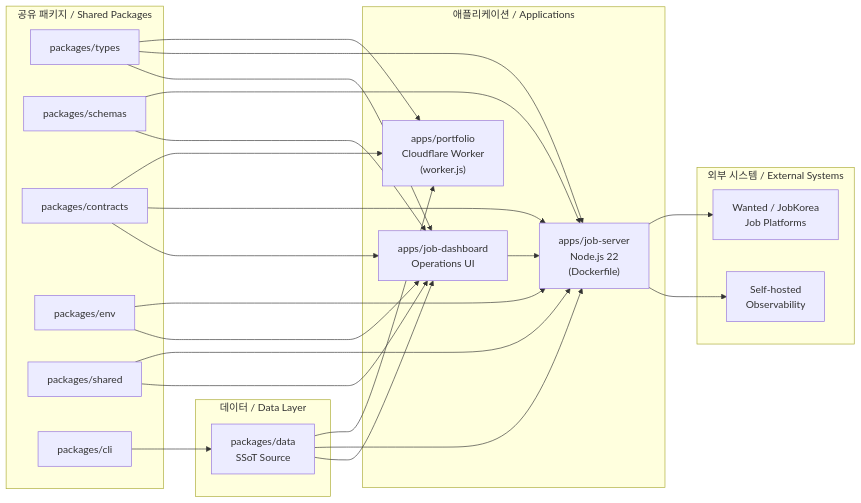
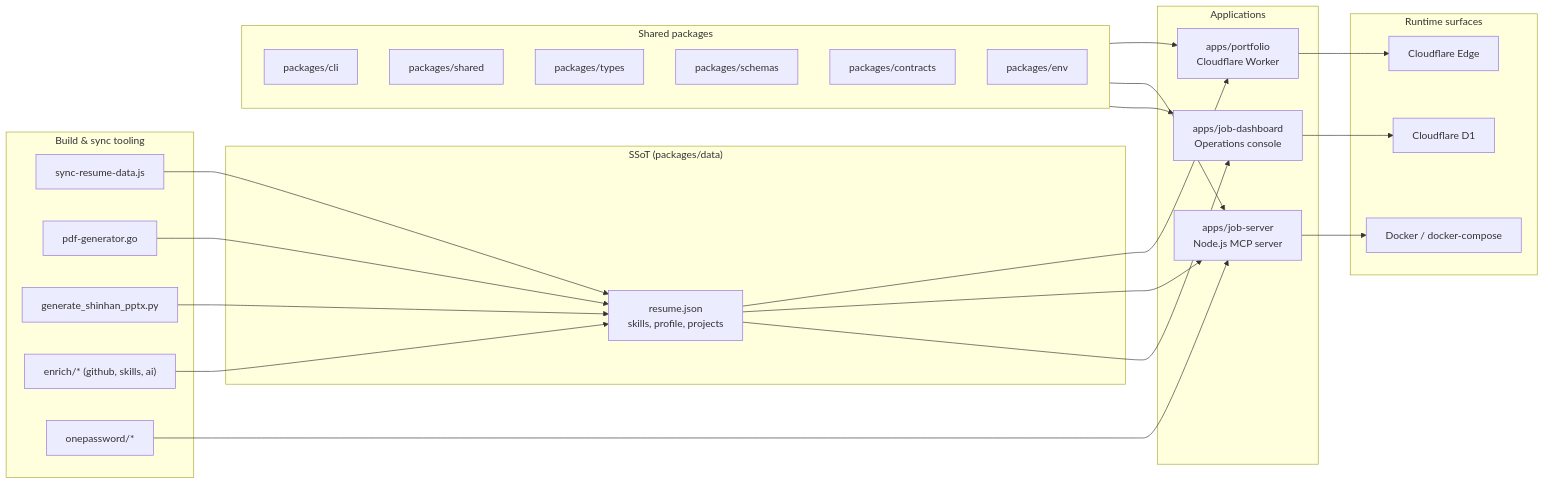
The diagram in README.md (jclee941/resume), drawn with Mermaid before and after one commit. The commit also changed other lines of this file, not shown here.

````diff
--- a/README.md
+++ b/README.md
@@ -72,48 +76,53 @@
 ```mermaid
 flowchart LR
-    subgraph Data["데이터 / Data Layer"]
-        SSoT["packages/data<br/>SSoT Source"]
-    end
+  subgraph SSoT["SSoT (packages/data)"]
+    DATA["resume.json<br/>skills, profile, projects"]
+  end
 
-    subgraph Shared["공유 패키지 / Shared Packages"]
-        Types["packages/types"]
-        Schemas["packages/schemas"]
-        Contracts["packages/contracts"]
-        Env["packages/env"]
-        Shared2["packages/shared"]
-        CLI["packages/cli"]
-    end
+  subgraph Apps["Applications"]
+    P["apps/portfolio<br/>Cloudflare Worker"]
+    JS["apps/job-server<br/>Node.js MCP server"]
+    JD["apps/job-dashboard<br/>Operations console"]
+  end
 
-    subgraph Apps["애플리케이션 / Applications"]
-        Portfolio["apps/portfolio<br/>Cloudflare Worker<br/>(worker.js)"]
-        JobServer["apps/job-server<br/>Node.js 22<br/>(Dockerfile)"]
-        Dashboard["apps/job-dashboard<br/>Operations UI"]
-    end
+  subgraph Pkg["Shared packages"]
+    CLI["packages/cli"]
+    SHARED["packages/shared"]
+    TYPES["packages/types"]
+    SCHEMAS["packages/schemas"]
+    CONTRACTS["packages/contracts"]
+    ENV["packages/env"]
+  end
 
-    subgraph External["외부 시스템 / External Systems"]
-        Platforms["Wanted / JobKorea<br/>Job Platforms"]
-        Observability["Self-hosted<br/>Observability"]
-    end
+  subgraph Tooling["Build &amp; sync tooling"]
+    SYNC["sync-resume-data.js"]
+    PDF["pdf-generator.go"]
+    PPTX["generate_shinhan_pptx.py"]
+    ENR["enrich/* (github, skills, ai)"]
+    OP["onepassword/*"]
+  end
 
-    SSoT --> Portfolio
-    SSoT --> JobServer
-    SSoT --> Dashboard
+  subgraph Runtime["Runtime surfaces"]
+    CF["Cloudflare Edge"]
+    DC["Docker / docker-compose"]
+    D1["Cloudflare D1"]
+  end
 
-    Types --> Portfolio
-    Types --> JobServer
-    Types --> Dashboard
-    Schemas --> JobServer
-    Schemas --> Dashboard
-    Contracts --> Portfolio
-    Contracts --> JobServer
-    Contracts --> Dashboard
-    Env --> JobServer
-    Env --> Dashboard
-    Shared2 --> JobServer
-    Shared2 --> Dashboard
-    CLI --> SSoT
+  DATA --> P
+  DATA --> JS
+  DATA --> JD
 
-    JobServer --> Platforms
-    JobServer --> Observability
-    Dashboard --> JobServer
+  Pkg --> P
+  Pkg --> JS
+  Pkg --> JD
+
+  SYNC --> DATA
+  PDF --> DATA
+  PPTX --> DATA
+  ENR --> DATA
+  OP --> JS
+
+  P --> CF
+  JS --> DC
+  JD --> D1
 ```
````
